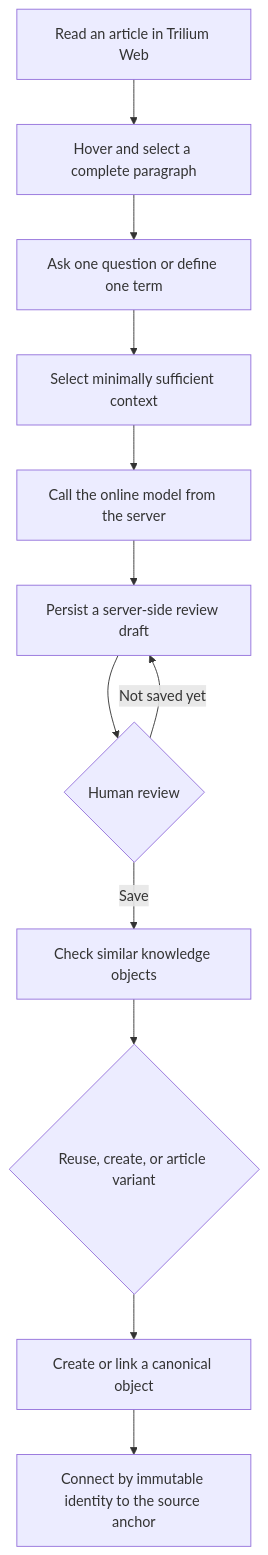
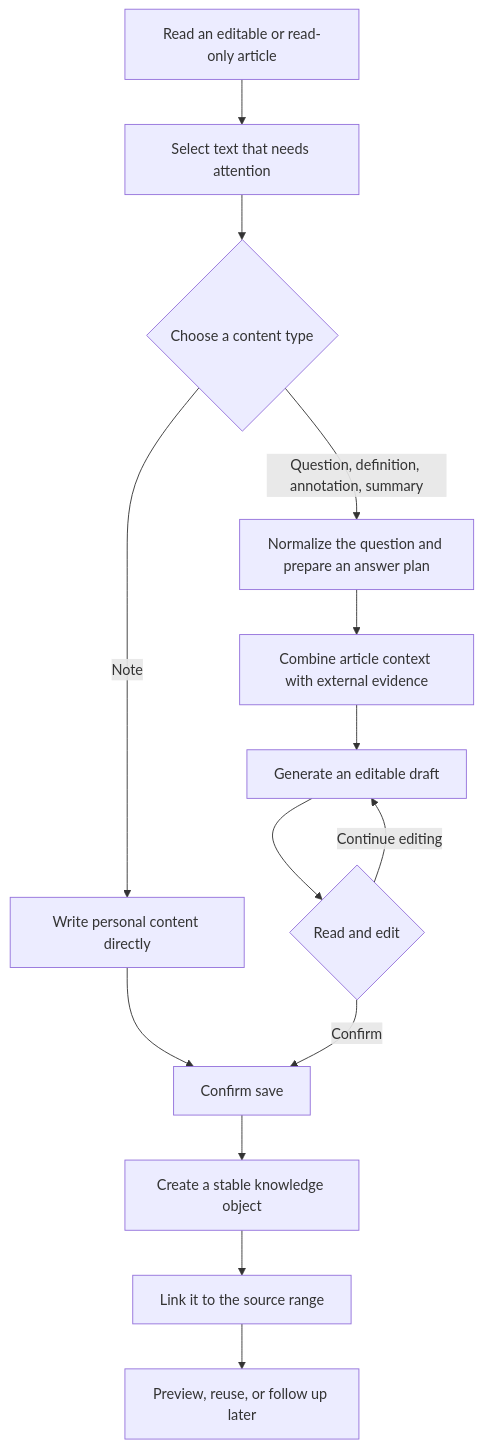
Before and after one commit to AIALRA-0/ReadWeave: the diagram in README.en.md, drawn with Mermaid. The commit also changed other lines of this file and 58 other files, not shown here.

````diff
--- a/README.en.md
+++ b/README.en.md
@@ -45,15 +60,17 @@
 ```mermaid
-%% User loop from deliberate paragraph selection to reviewed persistence
+%% Show the user journey from source selection to knowledge reuse
 flowchart TB
-    Read[Read an article in Trilium Web] --> Select[Hover and select a complete paragraph]
-    Select --> Ask[Ask one question or define one term]
-    Ask --> Context[Select minimally sufficient context]
-    Context --> Provider[Call the online model from the server]
-    Provider --> Draft[Persist a server-side review draft]
-    Draft --> Review{Human review}
-    Review -->|Save| Candidate[Check similar knowledge objects]
-    Candidate --> Choice{Reuse, create, or article variant}
-    Choice --> Object[Create or link a canonical object]
-    Object --> Anchor[Connect by immutable identity to the source anchor]
-    Review -->|Not saved yet| Draft
+    Read[Read an editable or read-only article] --> Select[Select text that needs attention]
+    Select --> Type{Choose a content type}
+    Type -->|Question, definition, annotation, summary| Plan[Normalize the question and prepare an answer plan]
+    Type -->|Note| Manual[Write personal content directly]
+    Plan --> Evidence[Combine article context with external evidence]
+    Evidence --> Draft[Generate an editable draft]
+    Draft --> Review{Read and edit}
+    Manual --> Save[Confirm save]
+    Review -->|Continue editing| Draft
+    Review -->|Confirm| Save
+    Save --> Object[Create a stable knowledge object]
+    Object --> Anchor[Link it to the source range]
+    Anchor --> Reuse[Preview, reuse, or follow up later]
 ```
````
